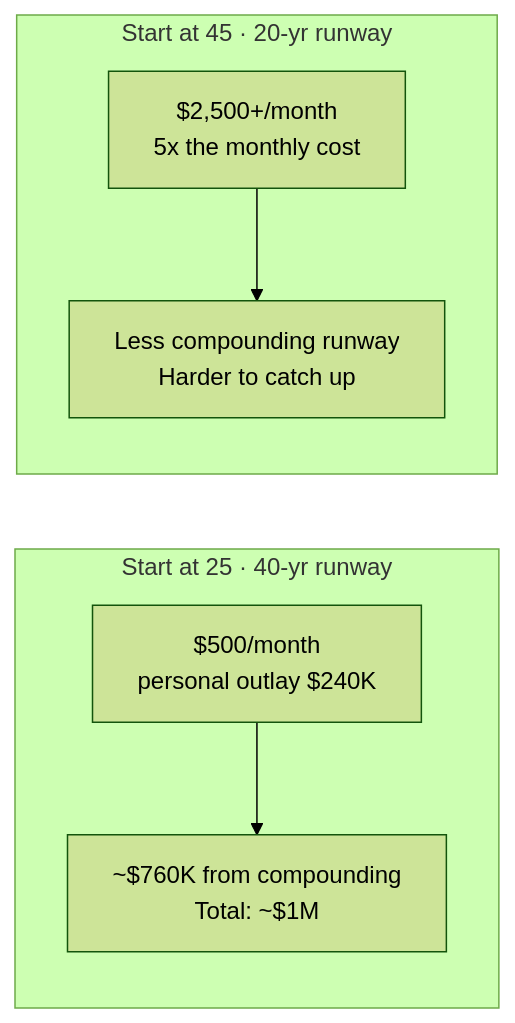
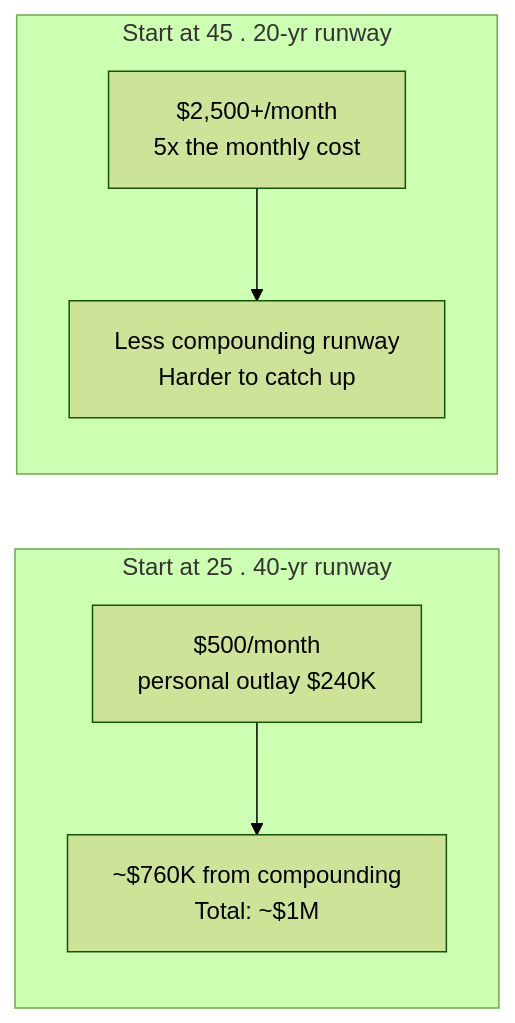
One commit to leotansingapore/aia-product-compass-hub changed the diagram in docs/first-60-days/week-3/day-15.md. Above: the diagram before and after it, drawn with Mermaid (forest theme). The commit also changed other lines of this file and 75 other files, not shown here.

````diff
--- a/docs/first-60-days/week-3/day-15.md
+++ b/docs/first-60-days/week-3/day-15.md
@@ -73,13 +73,13 @@
 ```mermaid
 flowchart LR
-    subgraph E["Start at 25 · 40-yr runway"]
+    subgraph E["Start at 25 . 40-yr runway"]
         E1["$500/month<br/>personal outlay $240K"]
         E2["~$760K from compounding<br/>Total: ~$1M"]
     end
-    subgraph L["Start at 45 · 20-yr runway"]
+    subgraph L["Start at 45 . 20-yr runway"]
         L1["$2,500+/month<br/>5x the monthly cost"]
         L2["Less compounding runway<br/>Harder to catch up"]
     end
     E1 --> E2
     L1 --> L2
 ```
````
